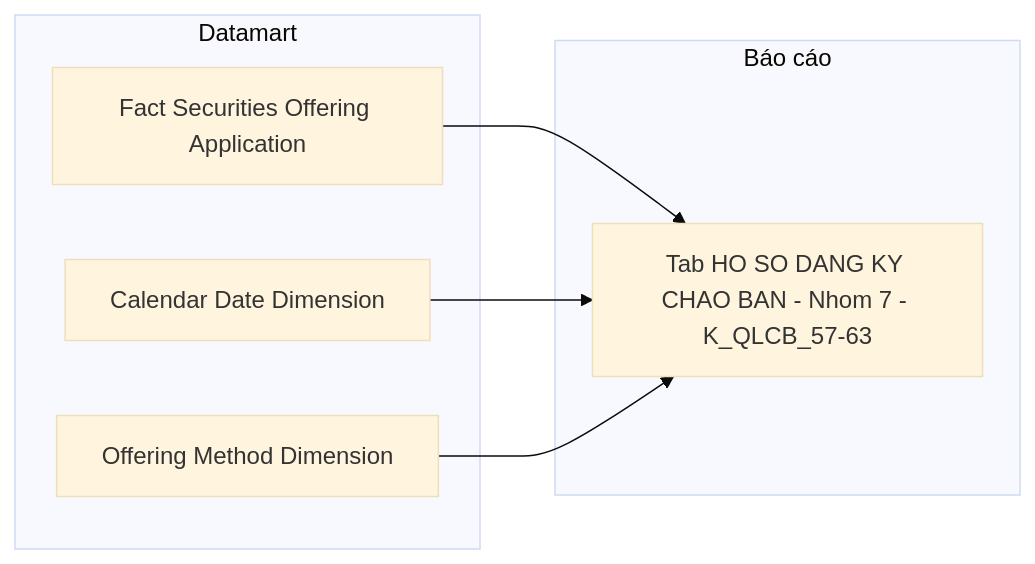
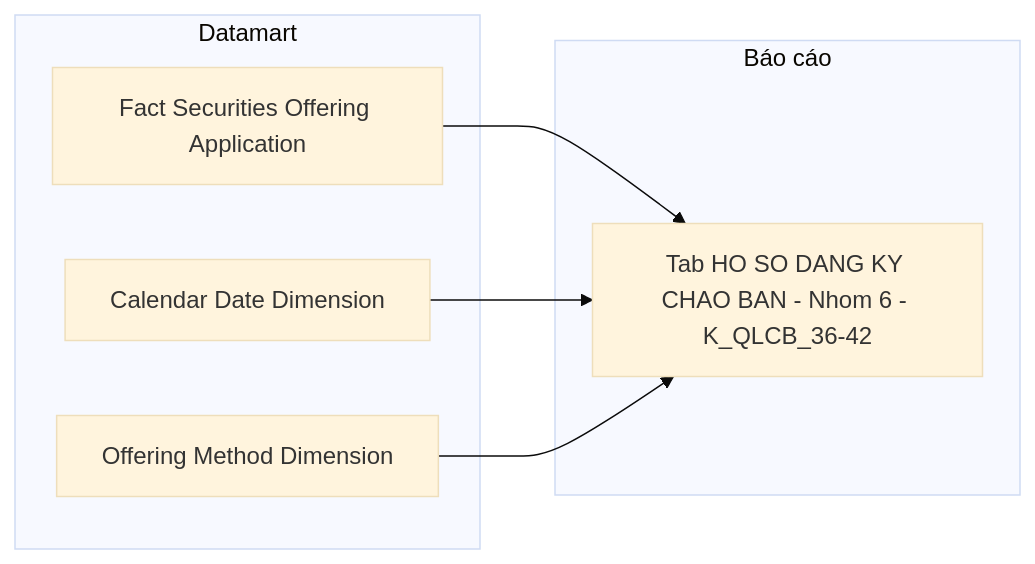
Before and after one commit to linhlvit/ubck_atomic_design: diagram 17 of 22 in Datamart/hld/DTM_QLCB_HLD.md, drawn with Mermaid (base theme). The commit also changed other lines of this file and 17 other files, not shown here.

````diff
--- a/Datamart/hld/DTM_QLCB_HLD.md
+++ b/Datamart/hld/DTM_QLCB_HLD.md
@@ -770,14 +832,14 @@
 ```mermaid
 flowchart LR
     subgraph Datamart["Datamart"]
         G1["Fact Securities Offering Application"]
         G2["Calendar Date Dimension"]
         G3["Offering Method Dimension"]
     end
     subgraph RPT["Báo cáo"]
-        R7["Tab HO SO DANG KY CHAO BAN - Nhom 7 - K_QLCB_57-63"]
+        R6["Tab HO SO DANG KY CHAO BAN - Nhom 6 - K_QLCB_36-42"]
     end
-    G1 --> R7
-    G2 --> R7
-    G3 --> R7
+    G1 --> R6
+    G2 --> R6
+    G3 --> R6
 ```
````
